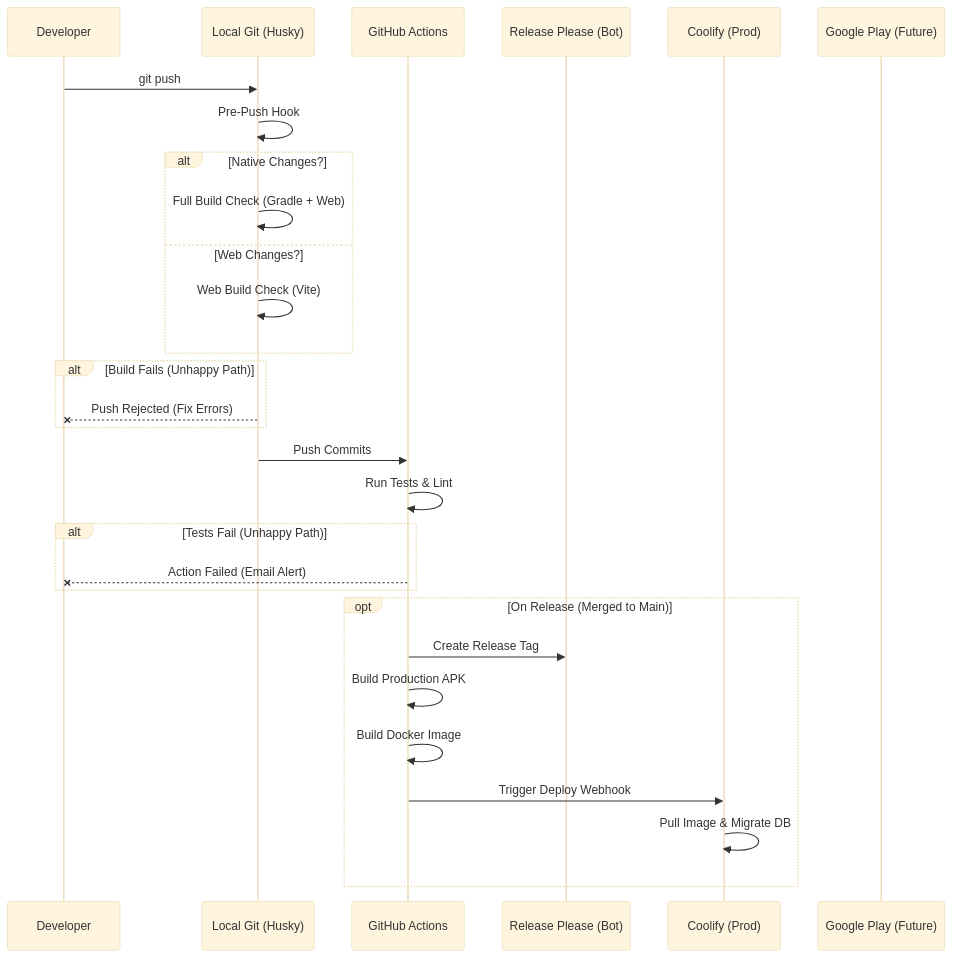
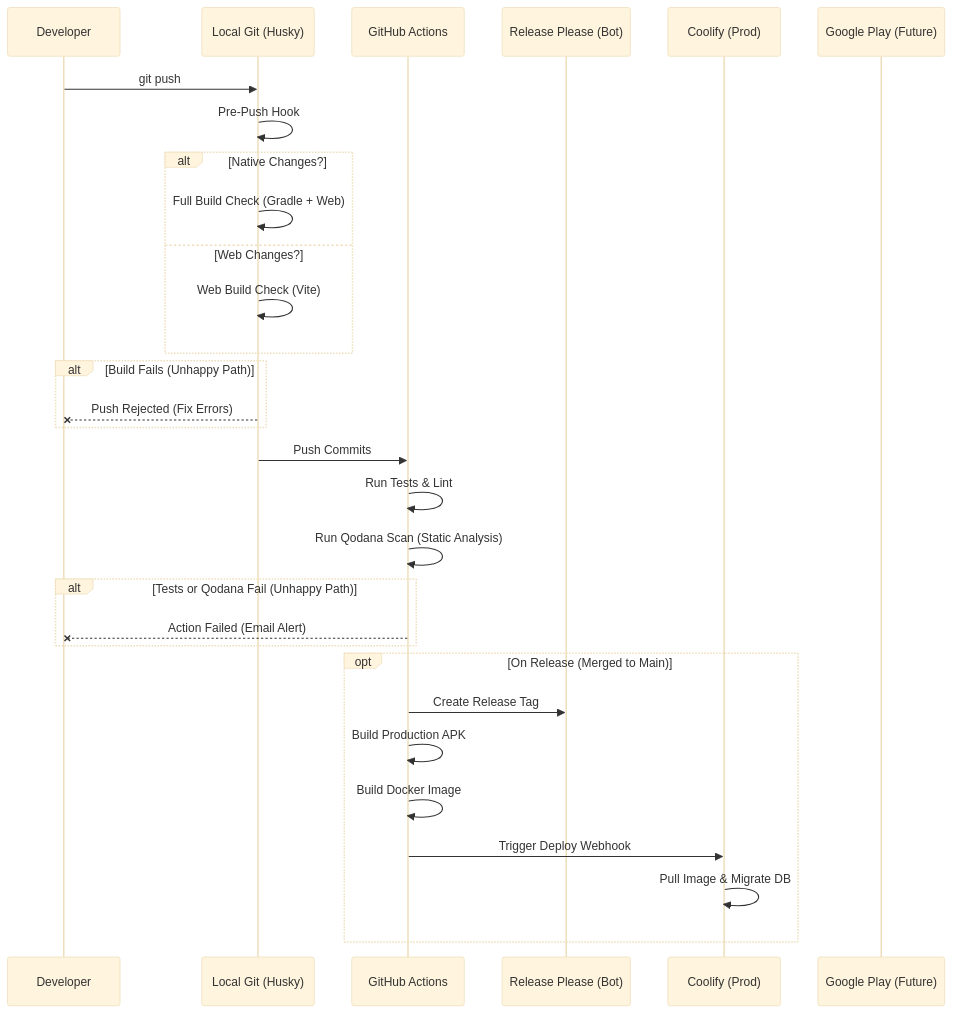
The fifth of 5 diagrams in docs/WORKFLOW_AND_DEBUGGING.md (ihkaru/cerdas), drawn with Mermaid (base theme) before and after one commit. The commit also changed other lines of this file and 3 other files, not shown here.

````diff
--- a/docs/WORKFLOW_AND_DEBUGGING.md
+++ b/docs/WORKFLOW_AND_DEBUGGING.md
@@ -189,37 +196,38 @@
 ```mermaid
 sequenceDiagram
     participant Dev as Developer
     participant Git as Local Git (Husky)
     participant GH as GitHub Actions
     participant Release as Release Please (Bot)
     participant Coolify as Coolify (Prod)
     participant Play as Google Play (Future)
 
     Dev->>Git: git push
     Git->>Git: Pre-Push Hook
     
     alt Native Changes?
         Git->>Git: Full Build Check (Gradle + Web)
     else Web Changes?
         Git->>Git: Web Build Check (Vite)
     end
     
     alt Build Fails (Unhappy Path)
         Git--xDev: Push Rejected (Fix Errors)
     end
 
     Git->>GH: Push Commits
     GH->>GH: Run Tests & Lint
+    GH->>GH: Run Qodana Scan (Static Analysis)
 
-    alt Tests Fail (Unhappy Path)
+    alt Tests or Qodana Fail (Unhappy Path)
         GH--xDev: Action Failed (Email Alert)
     end
 
     opt On Release (Merged to Main)
         GH->>Release: Create Release Tag
         GH->>GH: Build Production APK
         GH->>GH: Build Docker Image
         GH->>Coolify: Trigger Deploy Webhook
         Coolify->>Coolify: Pull Image & Migrate DB
     end
 ```
````
